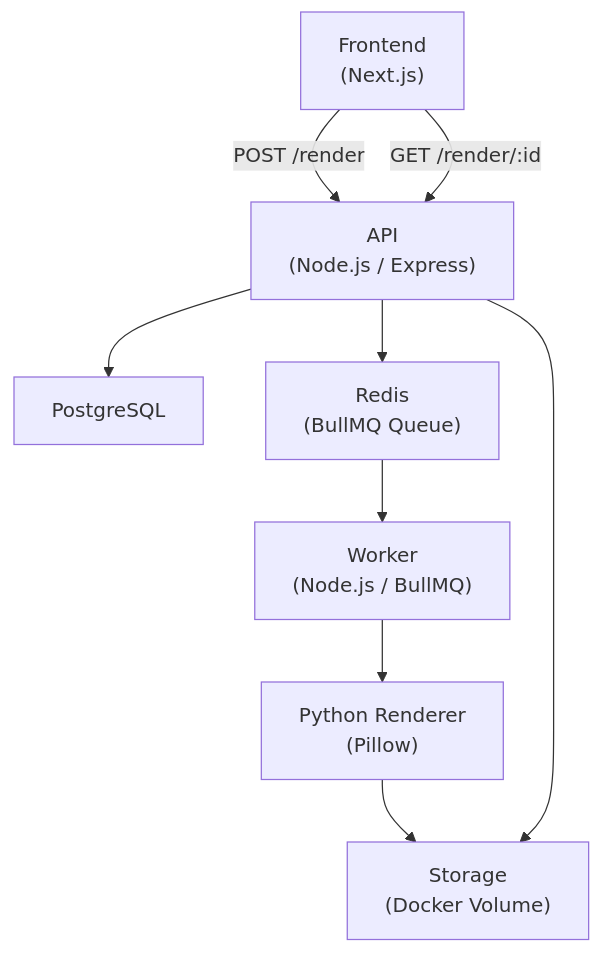
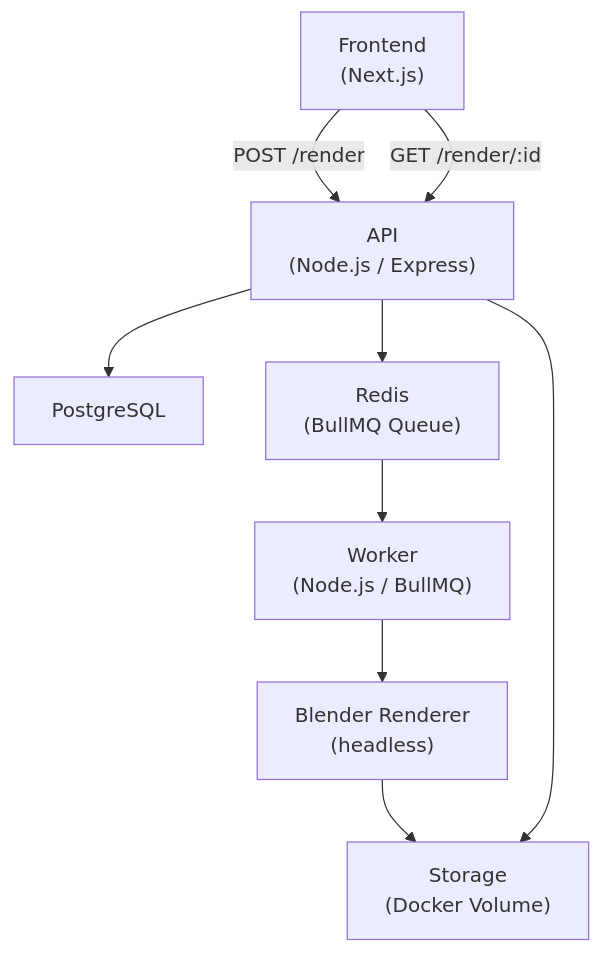
One commit to giovanizaghi/3d-room-platform changed the first of 2 diagrams in docs/architecture/01-overview.md. Above: the diagram before and after it, drawn with Mermaid. The commit also changed other lines of this file and 27 other files, not shown here.

````diff
--- a/docs/architecture/01-overview.md
+++ b/docs/architecture/01-overview.md
@@ -11,19 +11,19 @@
 ```mermaid
 flowchart TD
-    FE["Frontend\n(Next.js)"]
-    API["API\n(Node.js / Express)"]
+    FE["Frontend<br>(Next.js)"]
+    API["API<br>(Node.js / Express)"]
     DB["PostgreSQL"]
-    Queue["Redis\n(BullMQ Queue)"]
-    Worker["Worker\n(Node.js / BullMQ)"]
-    Renderer["Python Renderer\n(Pillow)"]
-    Storage["Storage\n(Docker Volume)"]
+    Queue["Redis<br>(BullMQ Queue)"]
+    Worker["Worker<br>(Node.js / BullMQ)"]
+    Renderer["Blender Renderer<br>(headless)"]
+    Storage["Storage<br>(Docker Volume)"]
 
     FE -->|"POST /render"| API
     API --> DB
     API --> Queue
     Queue --> Worker
     Worker --> Renderer
     Renderer --> Storage
     API --> Storage
     FE -->|"GET /render/:id"| API
 ```
````
